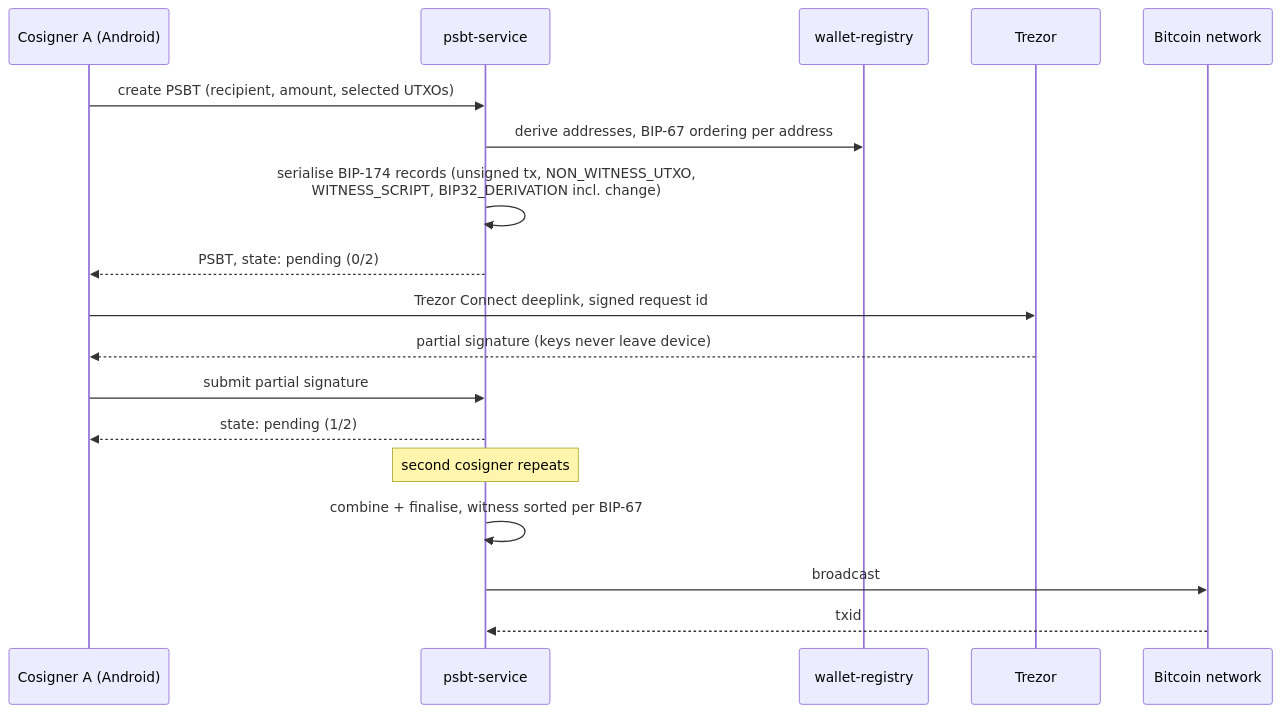
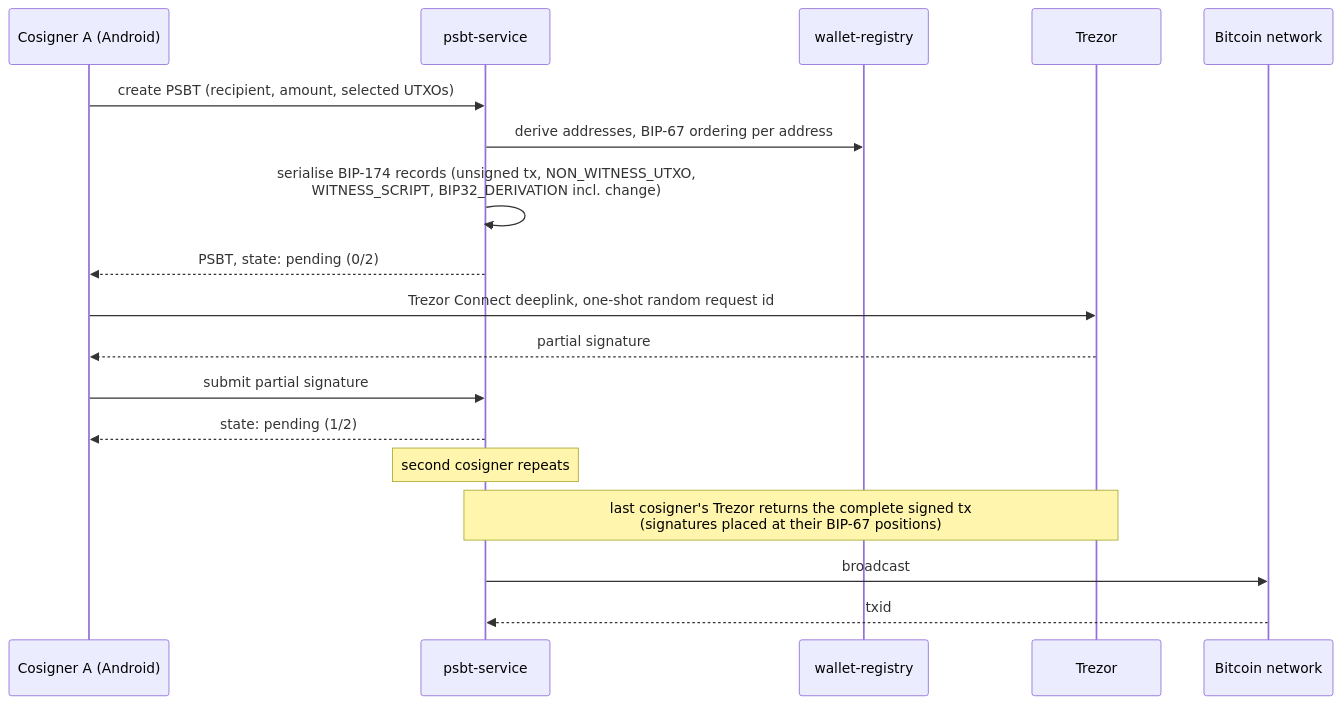
Before and after one commit to Majny/bitcoin-multisig-wallet: the diagram in README.md, drawn with Mermaid. The commit also changed other lines of this file, not shown here.

First line of the commit message:
README: describe the signing flow and threat model as the code implements them

````diff
--- a/README.md
+++ b/README.md
@@ -86,21 +89,21 @@
 ```mermaid
 sequenceDiagram
     participant A as Cosigner A (Android)
     participant P as psbt-service
     participant W as wallet-registry
     participant T as Trezor
     participant N as Bitcoin network
 
     A->>P: create PSBT (recipient, amount, selected UTXOs)
     P->>W: derive addresses, BIP-67 ordering per address
     P->>P: serialise BIP-174 records (unsigned tx, NON_WITNESS_UTXO,<br/>WITNESS_SCRIPT, BIP32_DERIVATION incl. change)
     P-->>A: PSBT, state: pending (0/2)
-    A->>T: Trezor Connect deeplink, signed request id
-    T-->>A: partial signature (keys never leave device)
+    A->>T: Trezor Connect deeplink, one-shot random request id
+    T-->>A: partial signature
     A->>P: submit partial signature
     P-->>A: state: pending (1/2)
     Note over P: second cosigner repeats
-    P->>P: combine + finalise, witness sorted per BIP-67
+    Note over P,T: last cosigner's Trezor returns the complete signed tx<br/>(signatures placed at their BIP-67 positions)
     P->>N: broadcast
     N-->>P: txid
 ```
````
